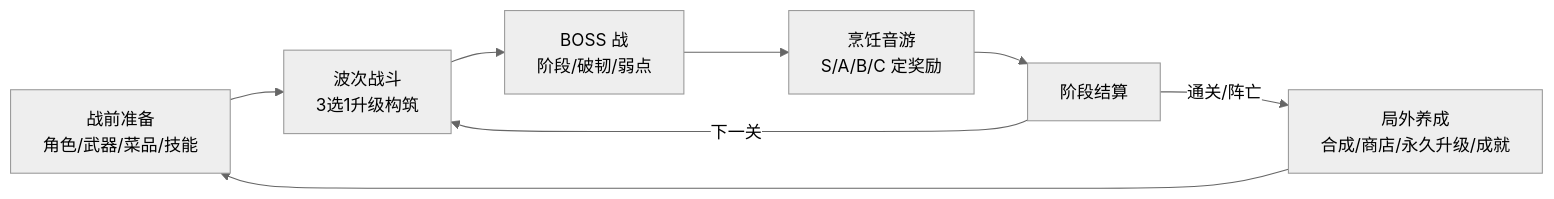
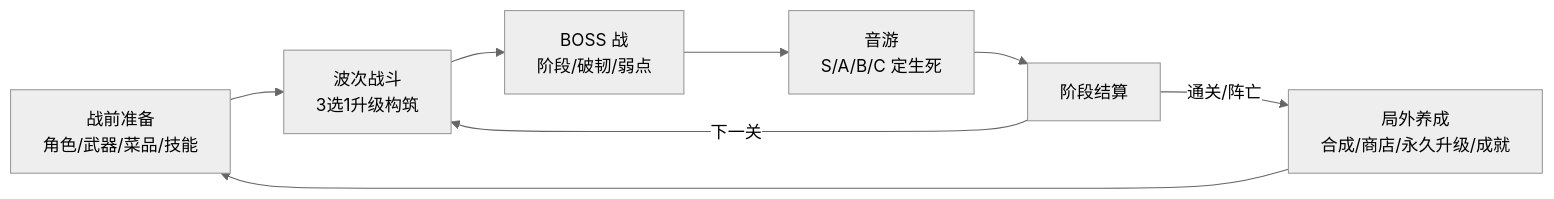
The first of 3 diagrams in README.md (YeYudz/GrabTheIngredients), drawn with Mermaid (neutral theme) before and after one commit. The commit also changed other lines of this file, not shown here.

````diff
--- a/README.md
+++ b/README.md
@@ -14,10 +14,10 @@
 ```mermaid
 flowchart LR
     A[战前准备<br/>角色/武器/菜品/技能] --> B[波次战斗<br/>3选1升级构筑]
     B --> C[BOSS 战<br/>阶段/破韧/弱点]
-    C --> D[烹饪音游<br/>S/A/B/C 定奖励]
+    C --> D[音游<br/>S/A/B/C 定生死]
     D --> E[阶段结算]
     E -->|下一关| B
     E -->|通关/阵亡| F[局外养成<br/>合成/商店/永久升级/成就]
     F --> A
 ```
````
